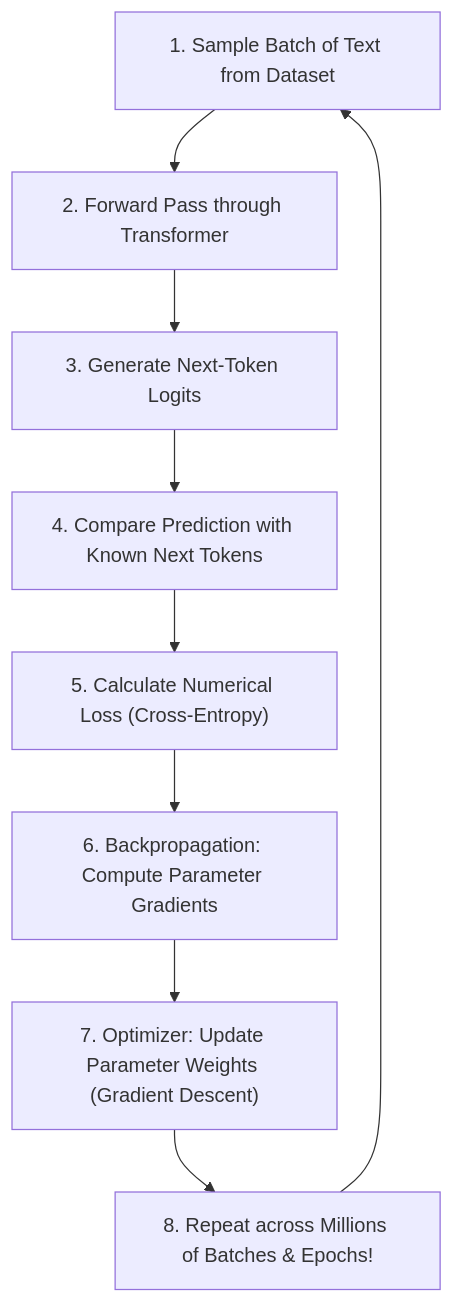
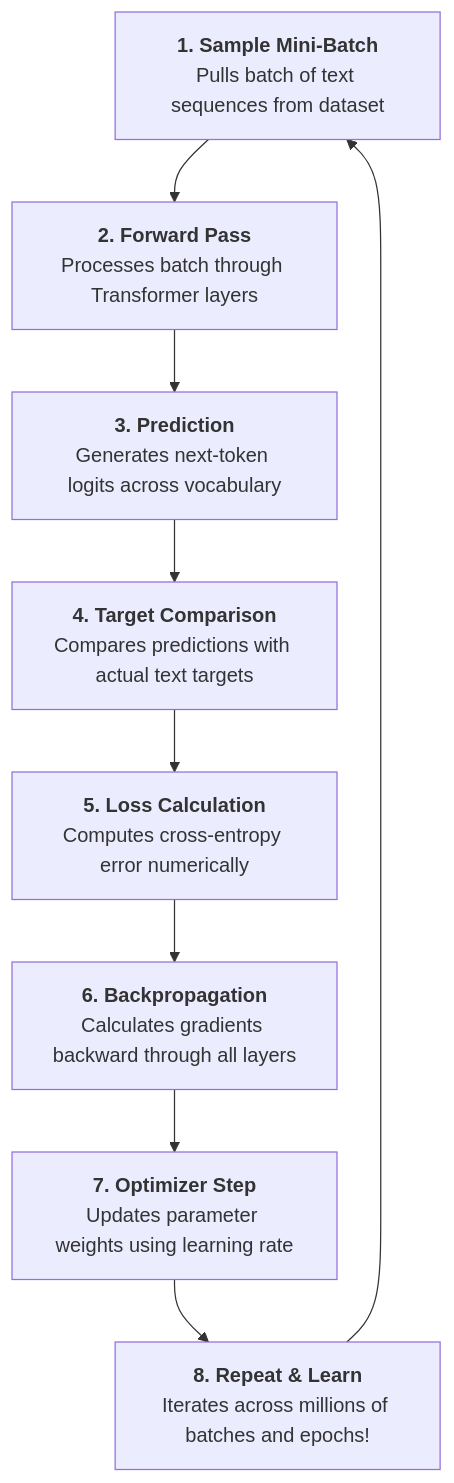
One commit to Nishant8826/theory-leaning changed the second of 2 diagrams in Nameste-AI/Season_01/06_Sharpening_the_Brain.md. Above: the diagram before and after it, drawn with Mermaid. The commit also changed other lines of this file and 7 other files, not shown here.

````diff
--- a/Nameste-AI/Season_01/06_Sharpening_the_Brain.md
+++ b/Nameste-AI/Season_01/06_Sharpening_the_Brain.md
@@ -190,11 +262,11 @@
 ```mermaid
 flowchart TD
-    A["1. Sample Batch of Text from Dataset"] --> B["2. Forward Pass through Transformer"]
-    B --> C["3. Generate Next-Token Logits"]
-    C --> D["4. Compare Prediction with Known Next Tokens"]
-    D --> E["5. Calculate Numerical Loss (Cross-Entropy)"]
-    E --> F["6. Backpropagation: Compute Parameter Gradients"]
-    F --> G["7. Optimizer: Update Parameter Weights (Gradient Descent)"]
-    G --> H["8. Repeat across Millions of Batches & Epochs!"]
-    H --> A
+    S1["<b>1. Sample Mini-Batch</b><br/>Pulls batch of text sequences from dataset"] --> S2["<b>2. Forward Pass</b><br/>Processes batch through Transformer layers"]
+    S2 --> S3["<b>3. Prediction</b><br/>Generates next-token logits across vocabulary"]
+    S3 --> S4["<b>4. Target Comparison</b><br/>Compares predictions with actual text targets"]
+    S4 --> S5["<b>5. Loss Calculation</b><br/>Computes cross-entropy error numerically"]
+    S5 --> S6["<b>6. Backpropagation</b><br/>Calculates gradients backward through all layers"]
+    S6 --> S7["<b>7. Optimizer Step</b><br/>Updates parameter weights using learning rate"]
+    S7 --> S8["<b>8. Repeat & Learn</b><br/>Iterates across millions of batches and epochs!"]
+    S8 --> S1
 ```
````
